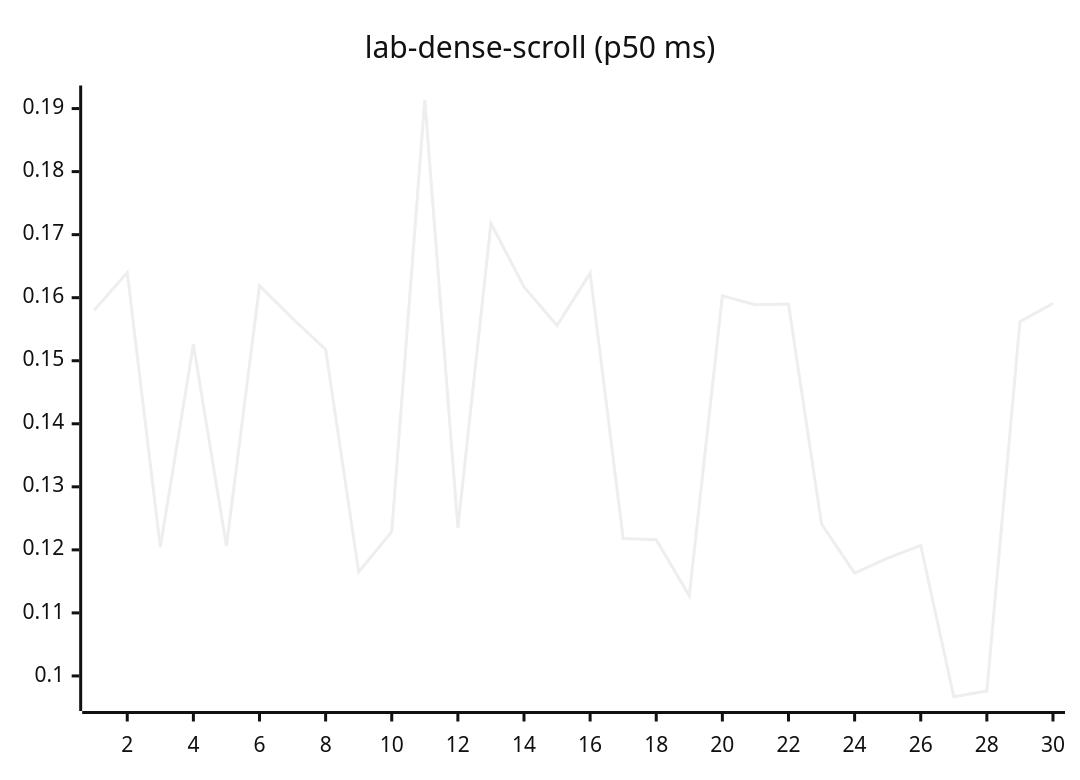
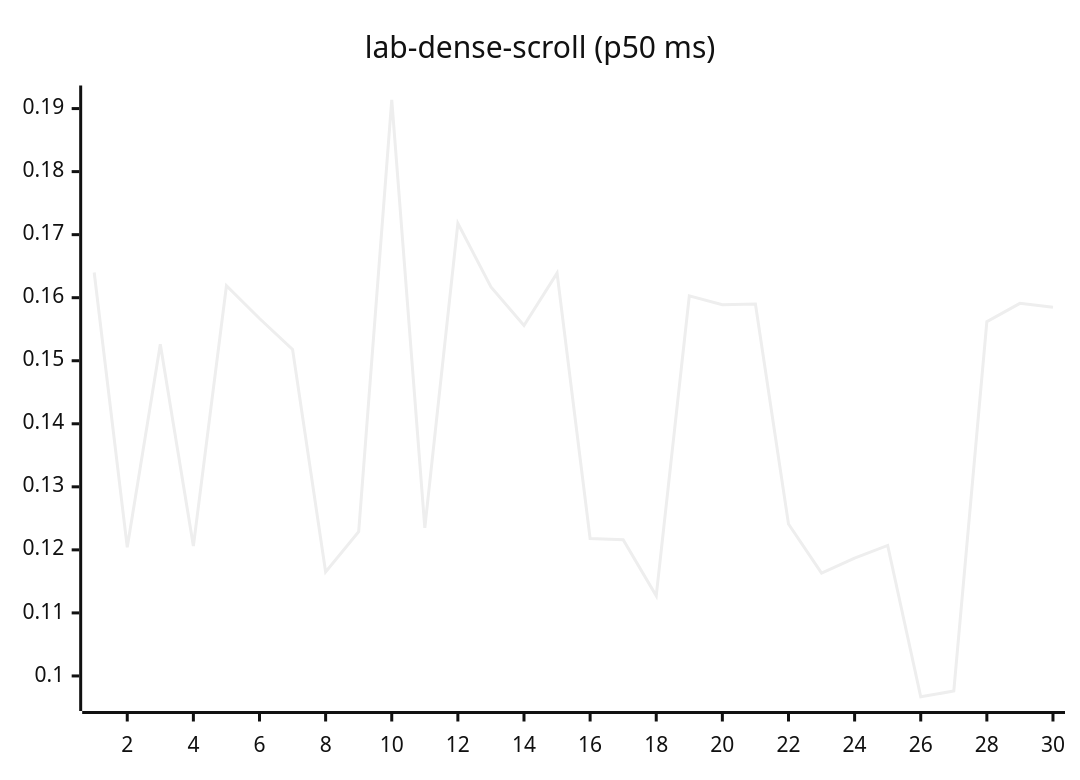
One commit to josha/Facet changed diagram 12 of 27 in README.md. Above: the diagram before and after it, drawn with Mermaid (neutral theme). The commit also changed other lines of this file and 2 other files, not shown here.

````diff
--- a/README.md
+++ b/README.md
@@ -140,6 +140,6 @@
 ```mermaid
 xychart-beta
     title "lab-dense-scroll (p50 ms)"
     x-axis 1 --> 30
-    line [0.1580, 0.1640, 0.1204, 0.1526, 0.1206, 0.1619, 0.1567, 0.1518, 0.1165, 0.1229, 0.1914, 0.1235, 0.1718, 0.1617, 0.1556, 0.1639, 0.1218, 0.1216, 0.1127, 0.1603, 0.1589, 0.1590, 0.1241, 0.1163, 0.1187, 0.1207, 0.0967, 0.0976, 0.1562, 0.1591]
+    line [0.1640, 0.1204, 0.1526, 0.1206, 0.1619, 0.1567, 0.1518, 0.1165, 0.1229, 0.1914, 0.1235, 0.1718, 0.1617, 0.1556, 0.1639, 0.1218, 0.1216, 0.1127, 0.1603, 0.1589, 0.1590, 0.1241, 0.1163, 0.1187, 0.1207, 0.0967, 0.0976, 0.1562, 0.1591, 0.1585]
 ```
````
